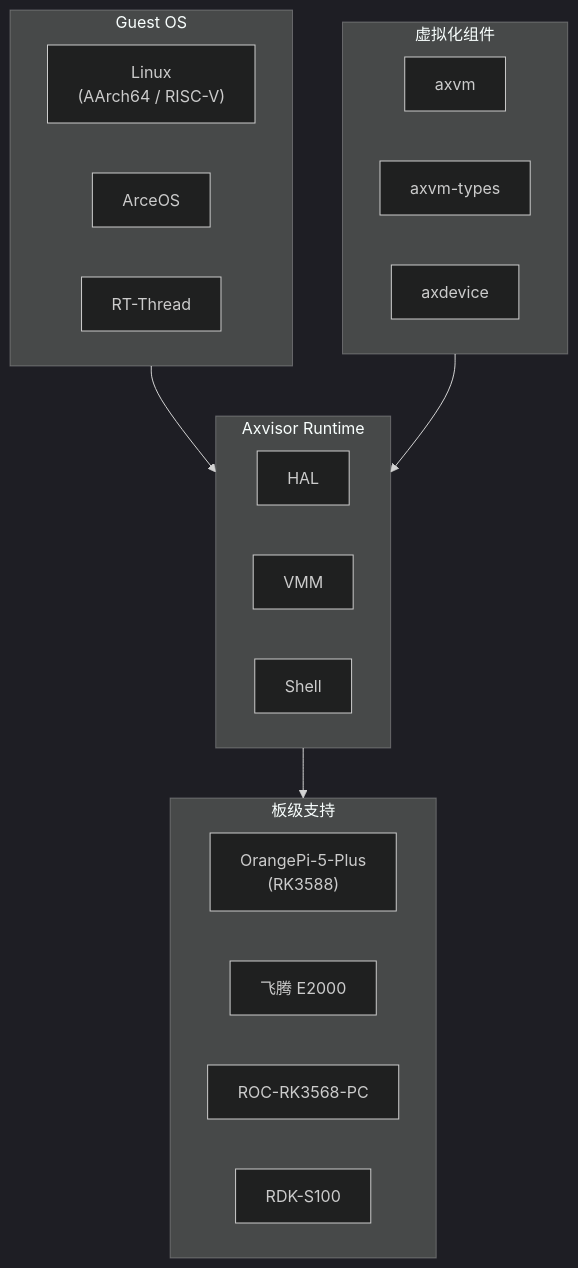
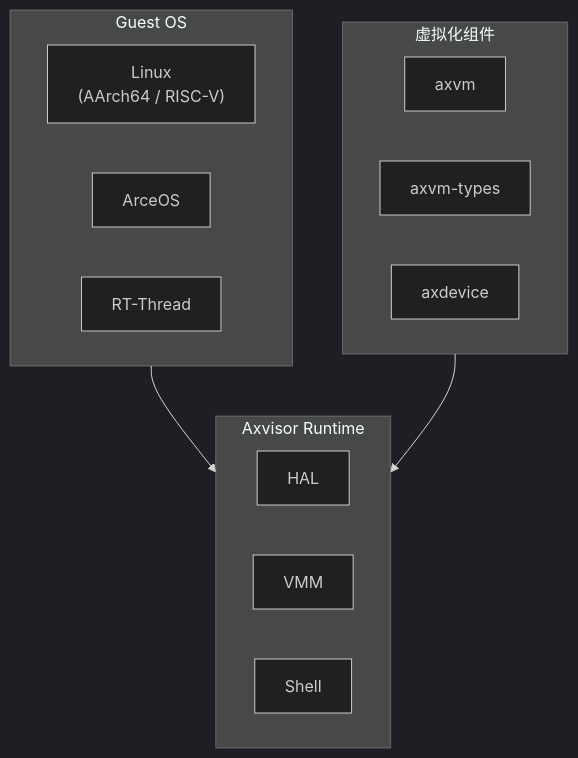
One commit to rcore-os/tgoskits changed the fourth of 4 diagrams in docs/docs/introduction/overview.md. Above: the diagram before and after it, drawn with Mermaid (dark theme). The commit also changed other lines of this file and 8 other files, not shown here.

````diff
--- a/docs/docs/introduction/overview.md
+++ b/docs/docs/introduction/overview.md
@@ -194,31 +239,23 @@
 ```mermaid
 flowchart TD
     subgraph guests["Guest OS"]
         linux["Linux<br/>(AArch64 / RISC-V)"]
         arceos_g["ArceOS"]
         rt["RT-Thread"]
     end
 
     subgraph axvisor_core["Axvisor Runtime"]
         hal["HAL"]
         vmm["VMM"]
         shell["Shell"]
     end
 
     subgraph virt_components["虚拟化组件"]
         axvm["axvm"]
         axvm_types["axvm-types"]
         axdev["axdevice"]
     end
 
-    subgraph boards["板级支持"]
-        opi["OrangePi-5-Plus<br/>(RK3588)"]
-        phytium["飞腾 E2000"]
-        rk3568["ROC-RK3568-PC"]
-        s100["RDK-S100"]
-    end
-
     guests --> axvisor_core
     virt_components --> axvisor_core
-    axvisor_core --> boards
 ```
````
